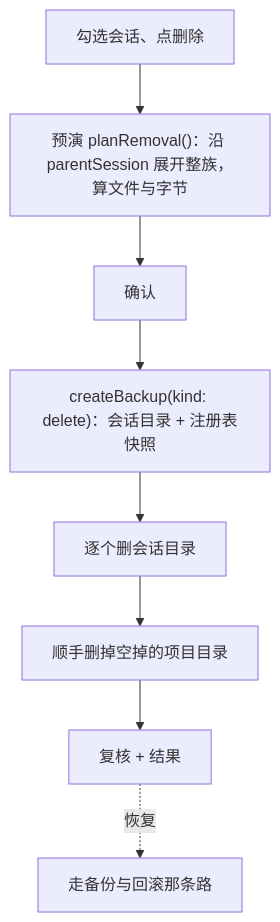
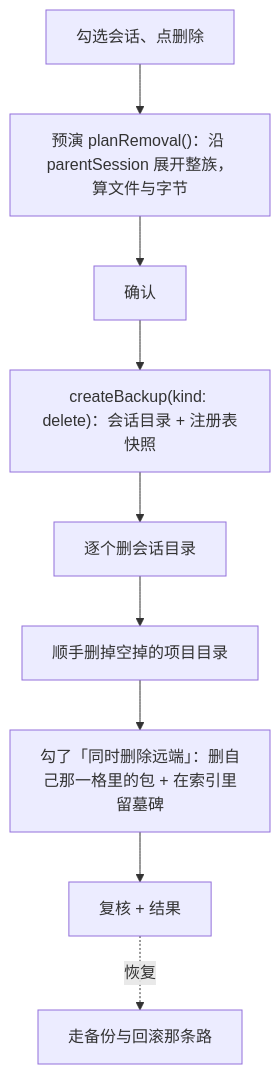
One commit to he0119/dsh-session-manager changed the fifth of 9 diagrams in docs/flows.md. Above: the diagram before and after it, drawn with Mermaid. The commit also changed other lines of this file and 20 other files, not shown here.

````diff
--- a/docs/flows.md
+++ b/docs/flows.md
@@ -115,10 +115,11 @@
 ```mermaid
 flowchart TD
   A["勾选会话、点删除"] --> B["预演 planRemoval()：沿 parentSession 展开整族，算文件与字节"]
   B --> C["确认"]
   C --> D["createBackup(kind: delete)：会话目录 + 注册表快照"]
   D --> E["逐个删会话目录"]
   E --> F["顺手删掉空掉的项目目录"]
-  F --> G["复核 + 结果"]
+  F --> R["勾了「同时删除远端」：删自己那一格里的包 + 在索引里留墓碑"]
+  R --> G["复核 + 结果"]
   G -.->|"恢复"| H["走备份与回滚那条路"]
 ```
````
